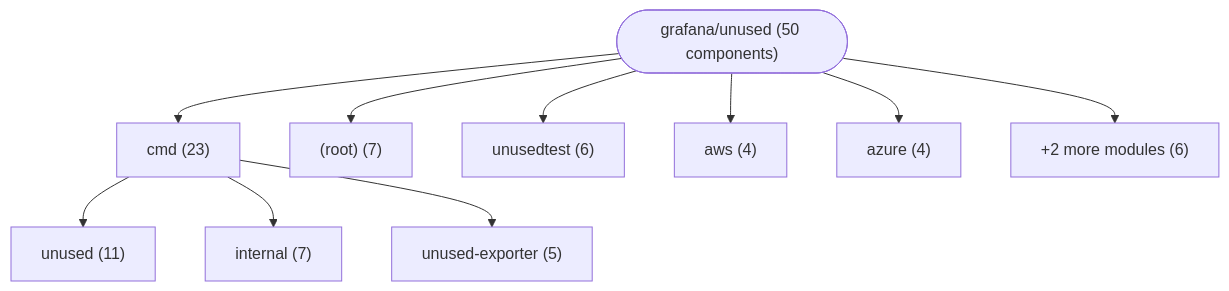
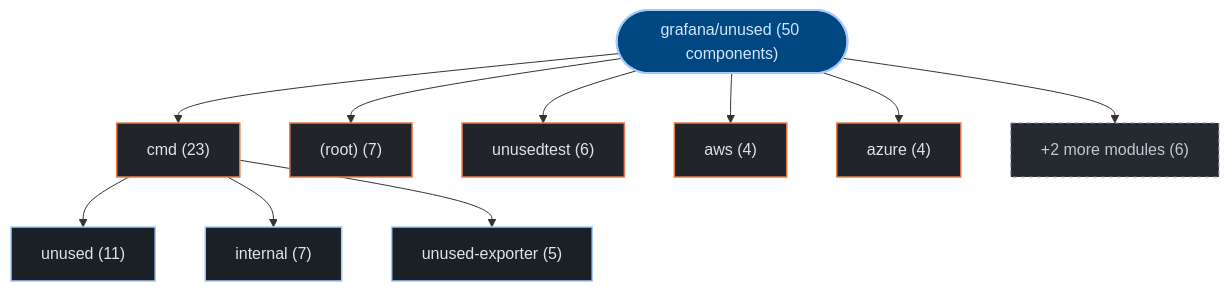
One commit to kumarshaz/atruss-code-atlas changed the first of 3 diagrams in exports/latest/reports/grafana-unused-report.md. Above: the diagram before and after it, drawn with Mermaid. The commit also changed other lines of this file and 331 other files, not shown here.

Commit message:
docs,ui,fix: update SDLC docs, reorder CI/CD DAG first, stylize Mermaid, and fix Arc42 pipeline topology

````diff
--- a/exports/latest/reports/grafana-unused-report.md
+++ b/exports/latest/reports/grafana-unused-report.md
@@ -42,22 +42,29 @@
 ```mermaid
 graph TD;
-    repo_root(["grafana/unused (50 components)"])
-    dir_0_cmd["cmd (23)"]
+  classDef atlasRoot fill:#004882,stroke:#a3c9ff,stroke-width:2px,color:#d3e4ff
+  classDef atlasCategory fill:#212428,stroke:#E87A48,stroke-width:1.5px,color:#dfe3eb
+  classDef atlasWorkflow fill:#1b2026,stroke:#a3c9ff,stroke-width:1.5px,color:#dfe3eb
+  classDef atlasJob fill:#171c22,stroke:#8d9199,stroke-width:1px,color:#dfe3eb
+  classDef atlasTarget fill:#005227,stroke:#8bd99b,stroke-width:1.5px,color:#a7f6b6
+  classDef atlasAlert fill:#93000a,stroke:#ffb4ab,stroke-width:1.5px,color:#ffdad6
+  classDef atlasMore fill:#252a31,stroke:#8d9199,stroke-dasharray:4 4,color:#c3c6cf
+    repo_root(["grafana/unused (50 components)"]):::atlasRoot
+    dir_0_cmd["cmd (23)"]:::atlasCategory
     repo_root --> dir_0_cmd
-    sub_0_0_unused["unused (11)"]
+    sub_0_0_unused["unused (11)"]:::atlasWorkflow
     dir_0_cmd --> sub_0_0_unused
-    sub_0_1_internal["internal (7)"]
+    sub_0_1_internal["internal (7)"]:::atlasWorkflow
     dir_0_cmd --> sub_0_1_internal
-    sub_0_2_unused_exporter["unused-exporter (5)"]
+    sub_0_2_unused_exporter["unused-exporter (5)"]:::atlasWorkflow
     dir_0_cmd --> sub_0_2_unused_exporter
-    dir_1__root_["(root) (7)"]
+    dir_1__root_["(root) (7)"]:::atlasCategory
     repo_root --> dir_1__root_
-    dir_2_unusedtest["unusedtest (6)"]
+    dir_2_unusedtest["unusedtest (6)"]:::atlasCategory
     repo_root --> dir_2_unusedtest
-    dir_3_aws["aws (4)"]
+    dir_3_aws["aws (4)"]:::atlasCategory
     repo_root --> dir_3_aws
-    dir_4_azure["azure (4)"]
+    dir_4_azure["azure (4)"]:::atlasCategory
     repo_root --> dir_4_azure
-    dir_other_modules["+2 more modules (6)"]
+    dir_other_modules["+2 more modules (6)"]:::atlasMore
     repo_root --> dir_other_modules
 ```
````
